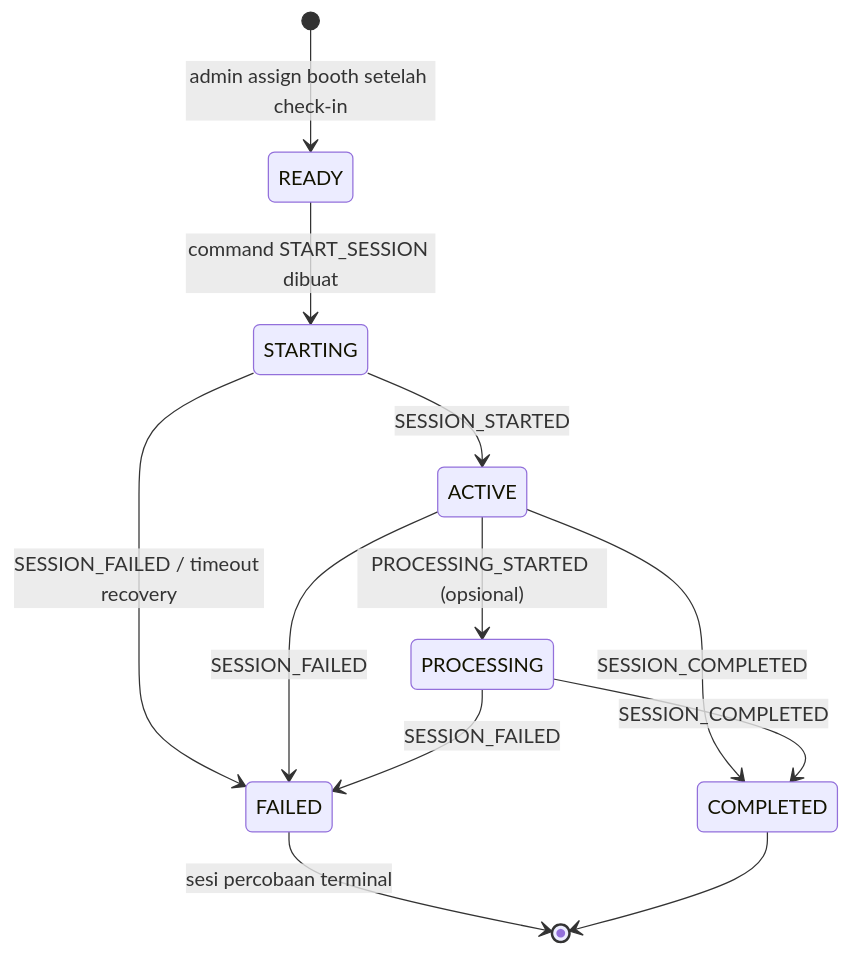
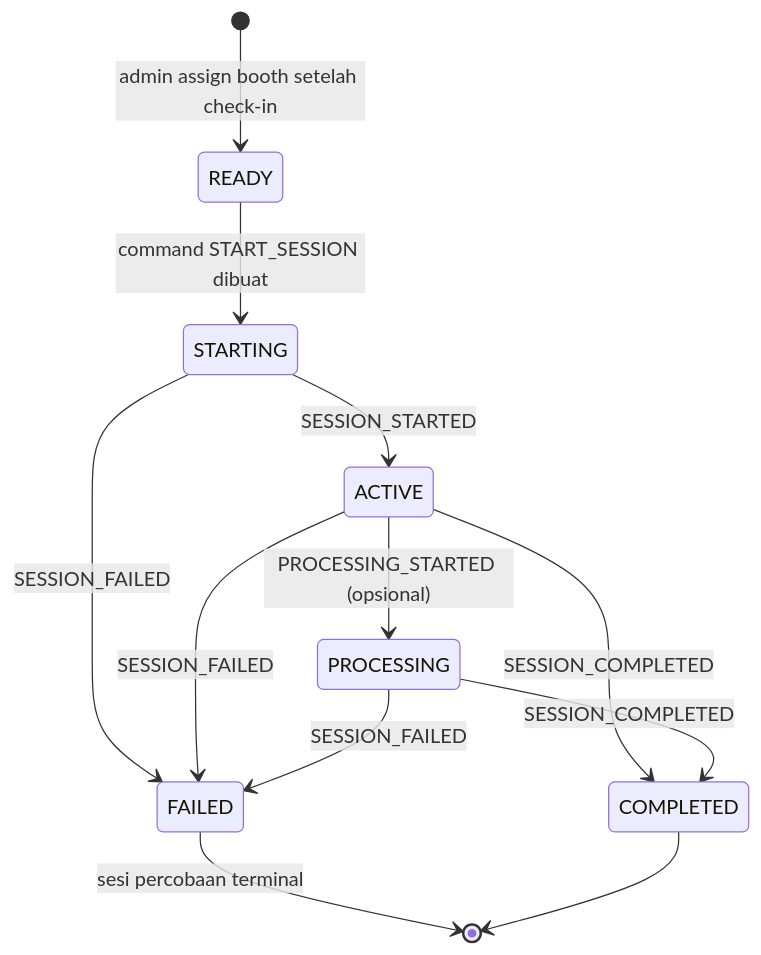
The sixth of 6 diagrams in docs/DESIGN.md (ryapps/fotiu), drawn with Mermaid before and after one commit. The commit also changed other lines of this file and 34 other files, not shown here.

````diff
--- a/docs/DESIGN.md
+++ b/docs/DESIGN.md
@@ -803,14 +872,14 @@
 ```mermaid
 stateDiagram-v2
     [*] --> READY: admin assign booth setelah check-in
     READY --> STARTING: command START_SESSION dibuat
     STARTING --> ACTIVE: SESSION_STARTED
-    STARTING --> FAILED: SESSION_FAILED / timeout recovery
+    STARTING --> FAILED: SESSION_FAILED
     ACTIVE --> PROCESSING: PROCESSING_STARTED (opsional)
     ACTIVE --> COMPLETED: SESSION_COMPLETED
     ACTIVE --> FAILED: SESSION_FAILED
     PROCESSING --> COMPLETED: SESSION_COMPLETED
     PROCESSING --> FAILED: SESSION_FAILED
     FAILED --> [*]: sesi percobaan terminal
     COMPLETED --> [*]
 ```
````
